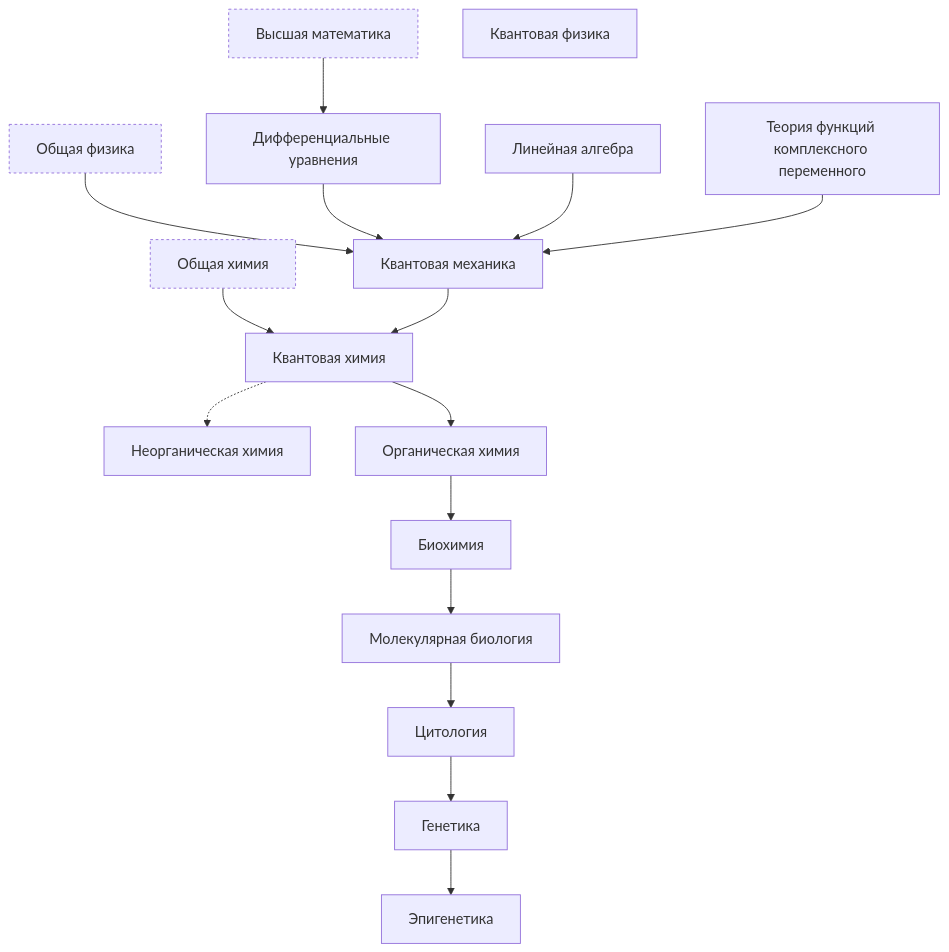
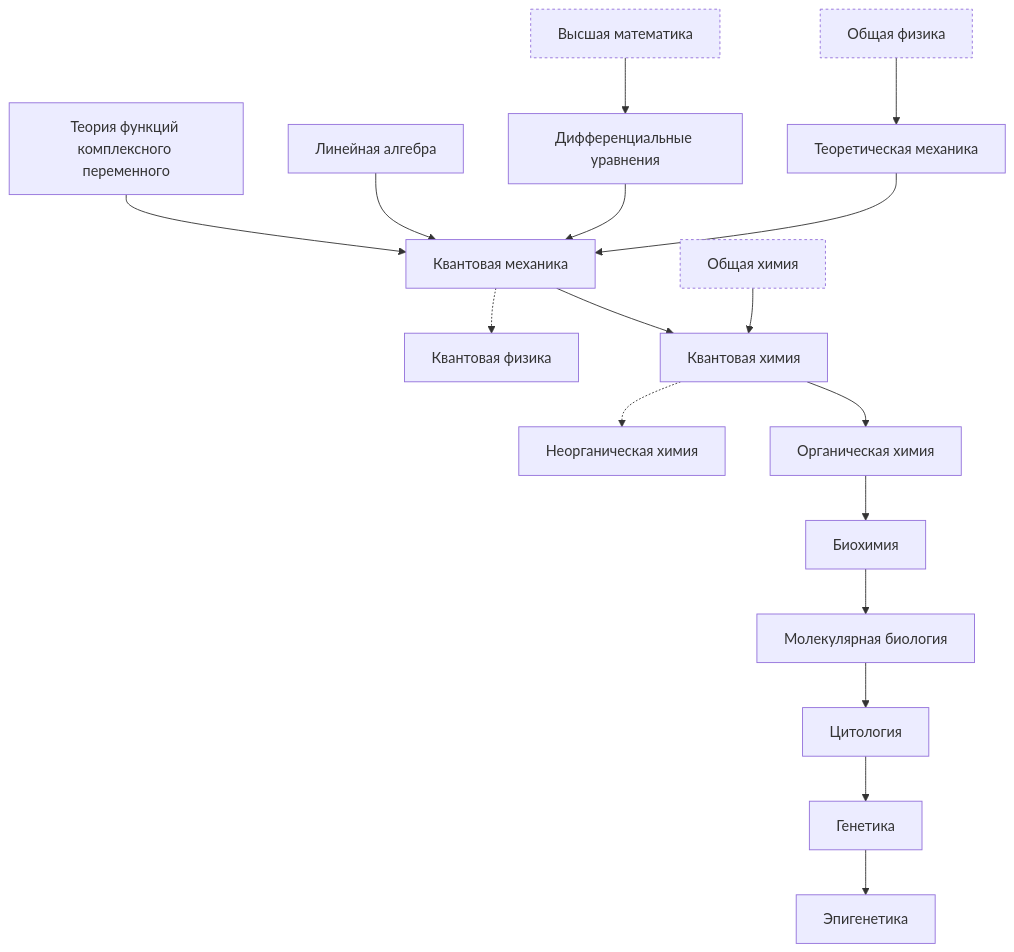
Before and after one commit to prozion/anti-aging-education: the diagram in learning-tracks.md, drawn with Mermaid.

````diff
--- a/learning-tracks.md
+++ b/learning-tracks.md
@@ -7,31 +7,33 @@
 ```mermaid
 flowchart TD;
     Mgen[Высшая математика]:::cond;
     Linal[Линейная алгебра]
     Diffur[Дифференциальные уравнения]
     Tfkp[Теория функций комплексного переменного]
     Phgen[Общая физика]:::cond;
+    Teormech[Теоретическая механика]
     Qmech[Квантовая механика];
     Phq[Квантовая физика];
     Chgen[Общая химия]:::cond;
     Chnorg[Неорганическая химия];
     Chorg[Органическая химия];
     Chq[Квантовая химия];
     Bioch[Биохимия];
     Molb[Молекулярная биология]
     Cyt[Цитология]
     Gen[Генетика]
     Epi[Эпигенетика]
 
     Chgen --> Chq --> Chorg --> Bioch --> Molb --> Cyt --> Gen --> Epi;
     Chq -.-> Chnorg;
-    Phgen --> Qmech --> Chq;
+    Phgen --> Teormech --> Qmech --> Chq;
     Mgen --> Diffur --> Qmech;
+    Qmech -.-> Phq;
     Linal --> Qmech;
     Tfkp --> Qmech;
 
     classDef cond stroke-dasharray:3;
 
     click Chorg "https://github.com/prozion/anti-aging-education/#органическая-химия" _blank
     click Chq "https://github.com/prozion/anti-aging-education/#квантовая-химия" _blank
 ```
````
